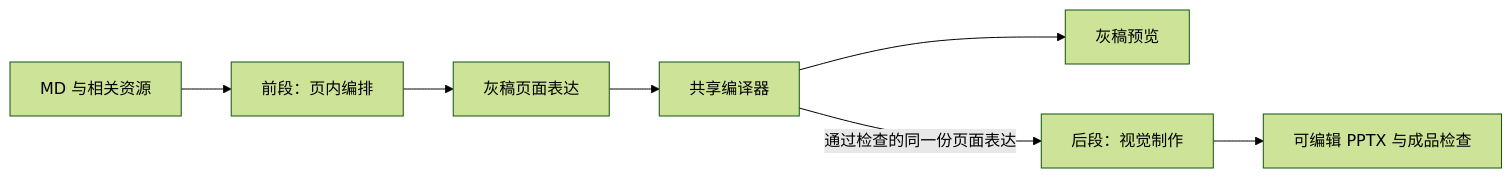
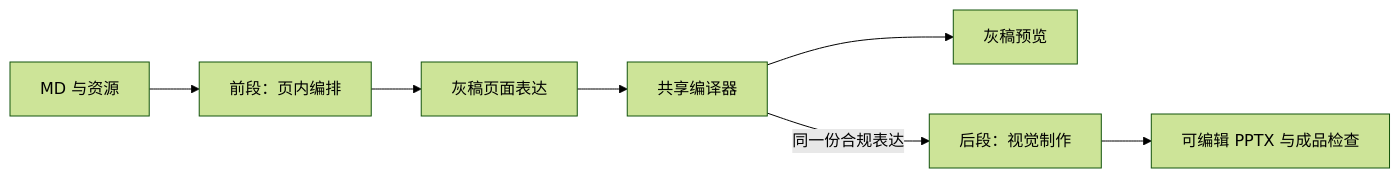
Before and after one commit to NEUwpy/PPagenT: the diagram in harness/docs/架构.md, drawn with Mermaid (forest theme). The commit also changed other lines of this file and 19 other files, not shown here.

````diff
--- a/harness/docs/架构.md
+++ b/harness/docs/架构.md
@@ -14,9 +7,9 @@
 ```mermaid
 flowchart LR
-    B[MD 与相关资源] --> C[前段：页内编排]
-    C --> D[灰稿页面表达]
-    D --> E[共享编译器]
-    E --> F[灰稿预览]
-    E -->|通过检查的同一份页面表达| G[后段：视觉制作]
-    G --> H[可编辑 PPTX 与成品检查]
+    A[MD 与资源] --> B[前段：页内编排]
+    B --> C[灰稿页面表达]
+    C --> D[共享编译器]
+    D --> E[灰稿预览]
+    D -->|同一份合规表达| F[后段：视觉制作]
+    F --> G[可编辑 PPTX 与成品检查]
 ```
````
